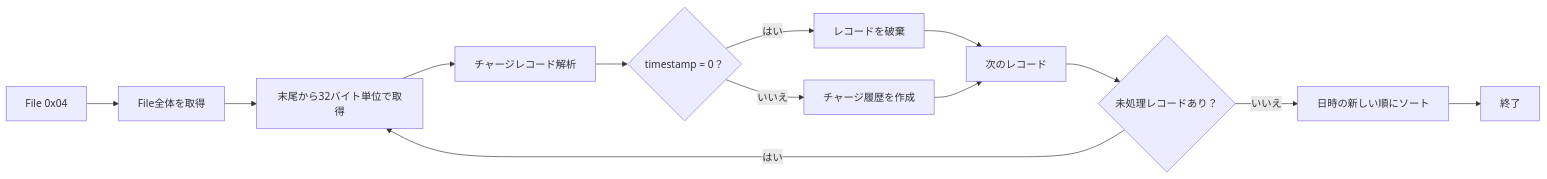
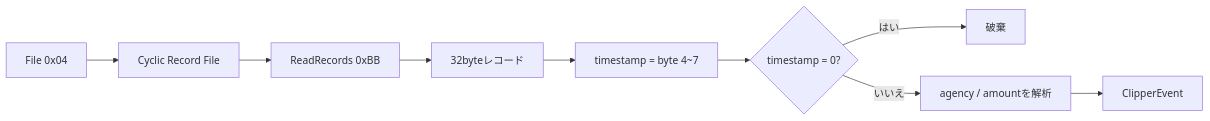
Before and after one commit to rs6-41/TransitICScanner: the fourth of 8 diagrams in doc/cards/usClipper.md, drawn with Mermaid. The commit also changed other lines of this file and 3 other files, not shown here.

````diff
--- a/doc/cards/usClipper.md
+++ b/doc/cards/usClipper.md
@@ -768,15 +1582,11 @@
 ```mermaid
 graph LR;
-    A[File 0x04] --> B["File全体を取得"];
-    B --> C["末尾から32バイト単位で取得"];
-    C --> D["チャージレコード解析"];
-    D --> E{"timestamp = 0？"};
-    E -- はい --> F["レコードを破棄"];
-    E -- いいえ --> G["チャージ履歴を作成"];
-    F --> H["次のレコード"];
-    G --> H;
-    H --> I{"未処理レコードあり？"};
-    I -- はい --> C;
-    I -- いいえ --> J["日時の新しい順にソート"];
-    J --> K[終了];
+    A["File 0x04"] --> B["Cyclic Record File"];
+    B --> C["ReadRecords 0xBB"];
+    C --> D["32byteレコード"];
+    D --> E["timestamp = byte 4~7"];
+    E --> F{"timestamp = 0?"};
+    F -- "はい" --> G["破棄"];
+    F -- "いいえ" --> H["agency / amountを解析"];
+    H --> I["ClipperEvent"];
 ```
````
